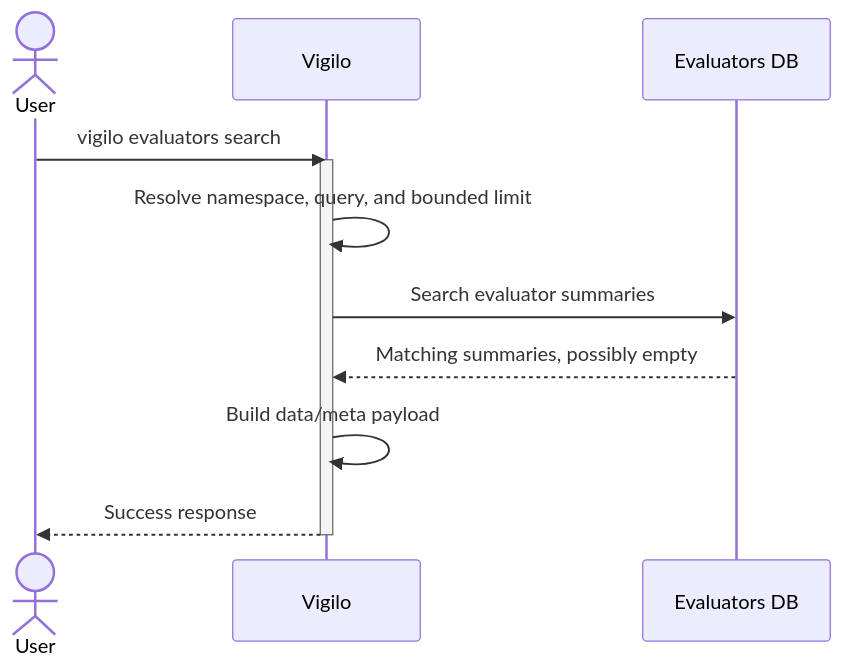
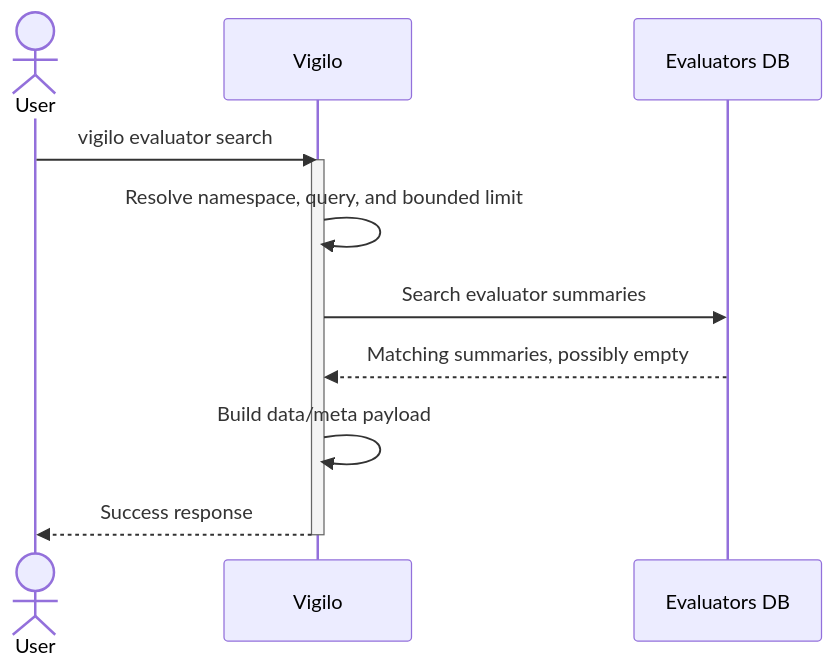
One commit to gregl83/agent-vigilo changed the diagram in web/docs/architecture/flows/evaluators/search/execution-flow.mmd. Above: the diagram before and after it, drawn with Mermaid. The commit also changed 40 other files, not shown here.

```diff
--- a/web/docs/architecture/flows/evaluators/search/execution-flow.mmd
+++ b/web/docs/architecture/flows/evaluators/search/execution-flow.mmd
@@ -1,23 +1,23 @@
 ---
 config:
   flowchart:
     nodeSpacing: 150
     rankSpacing: 80
   themeVariables:
     edgeLabelBackground: 'transparent'
 ---
 sequenceDiagram
     actor User
     participant Vigilo
     participant DB as Evaluators DB
 
-    User->>Vigilo: vigilo evaluators search
+    User->>Vigilo: vigilo evaluator search
     activate Vigilo
 
     Vigilo->>Vigilo: Resolve namespace, query, and bounded limit
     Vigilo->>DB: Search evaluator summaries
     DB-->>Vigilo: Matching summaries, possibly empty
 
     Vigilo->>Vigilo: Build data/meta payload
     Vigilo-->>User: Success response
     deactivate Vigilo
```
